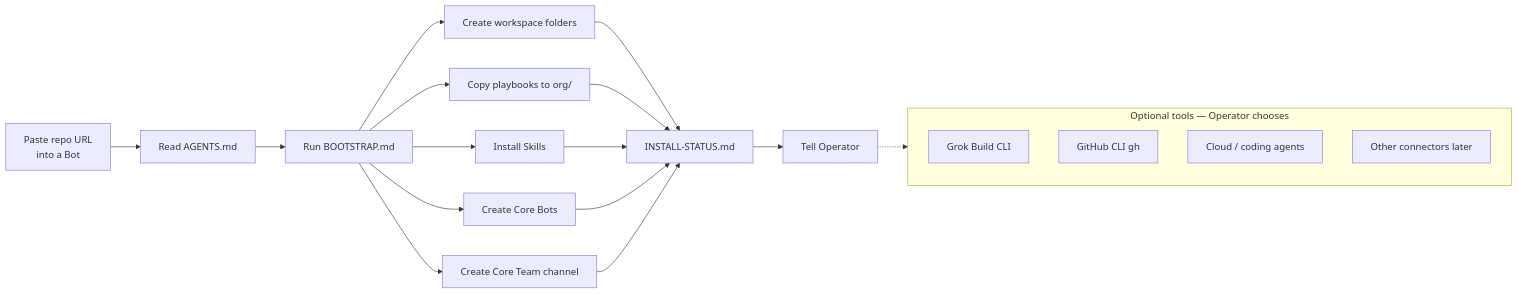
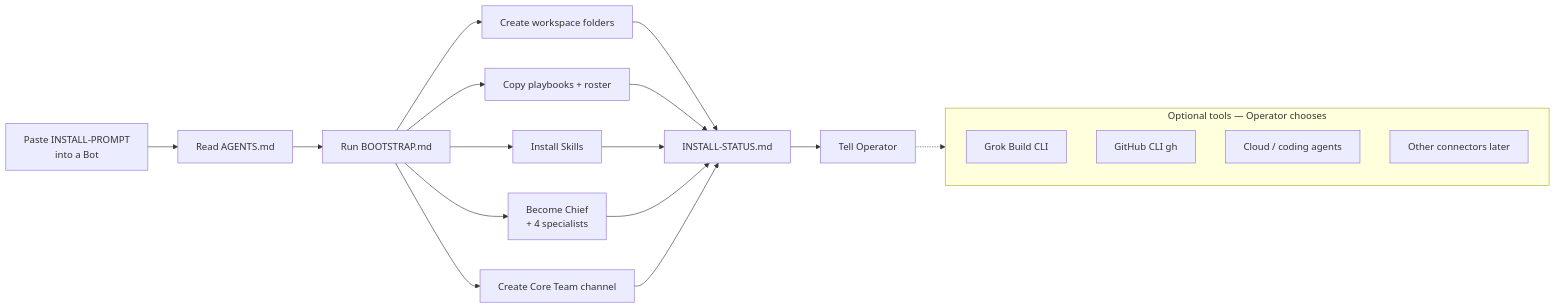
One commit to firmasite/bot-org-os changed the diagram in docs/diagrams/install-flow.md. Above: the diagram before and after it, drawn with Mermaid. The commit also changed other lines of this file and 20 other files, not shown here.

Commit message:
Fix install-story drift: INSTALL-PROMPT is the trigger

````diff
--- a/docs/diagrams/install-flow.md
+++ b/docs/diagrams/install-flow.md
@@ -5,26 +5,26 @@
 ```mermaid
 flowchart LR
-  A[Paste repo URL<br/>into a Bot] --> B[Read AGENTS.md]
+  A[Paste INSTALL-PROMPT<br/>into a Bot] --> B[Read AGENTS.md]
   B --> C[Run BOOTSTRAP.md]
   C --> D[Create workspace folders]
-  C --> E[Copy playbooks to org/]
+  C --> E[Copy playbooks + roster]
   C --> F[Install Skills]
-  C --> G[Create Core Bots]
+  C --> G[Become Chief<br/>+ 4 specialists]
   C --> H[Create Core Team channel]
   D --> I[INSTALL-STATUS.md]
   E --> I
   F --> I
   G --> I
   H --> I
   I --> J[Tell Operator]
 
   subgraph opt["Optional tools — Operator chooses"]
     direction TB
     O1[Grok Build CLI]
     O2[GitHub CLI gh]
     O3[Cloud / coding agents]
     O4[Other connectors later]
   end
 
   J -.-> opt
 ```
````
